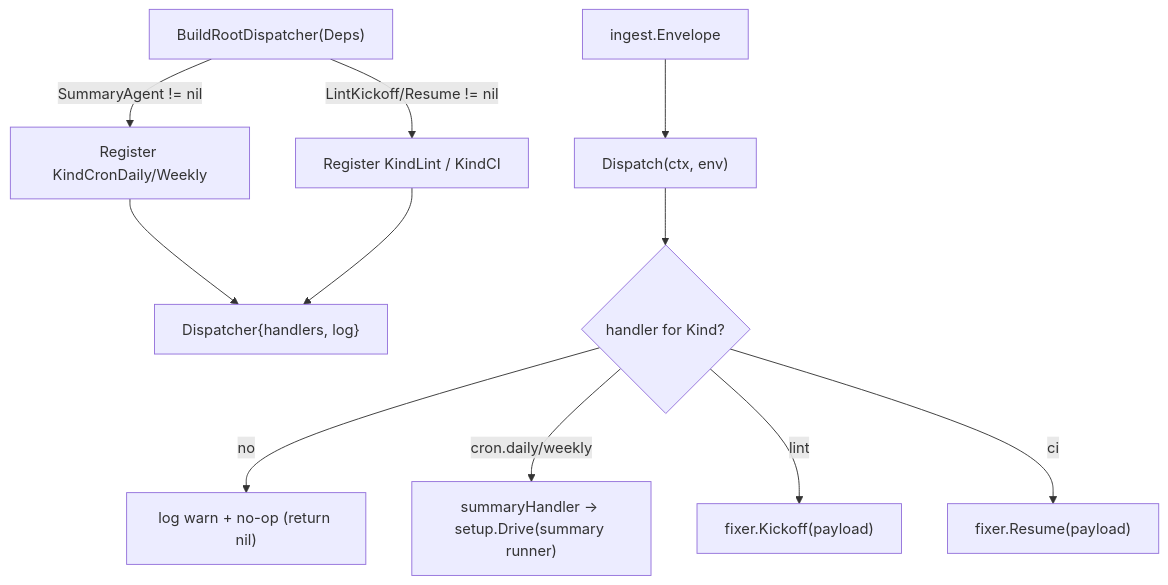
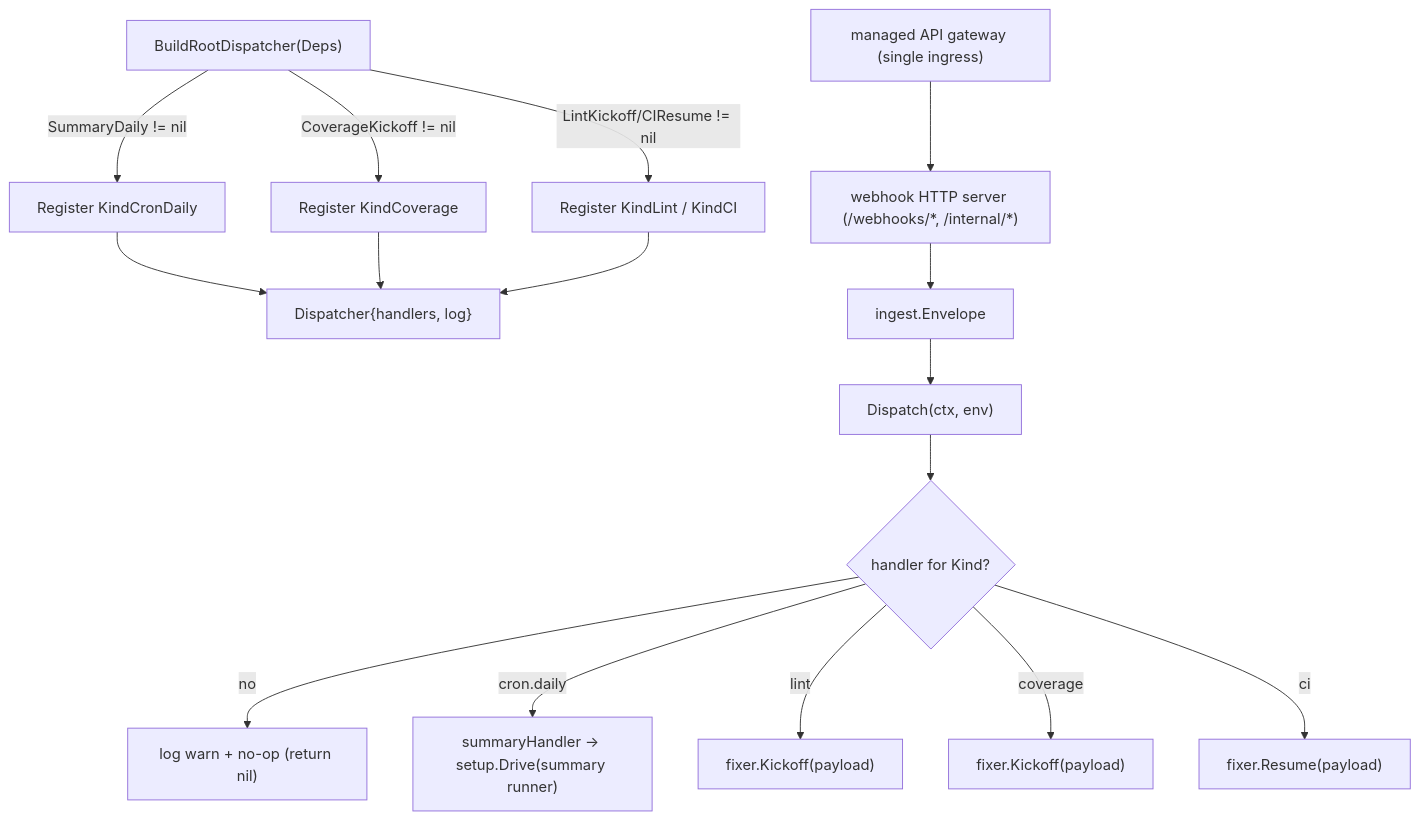
Before and after one commit to jkjamies/automation-agent: the diagram in go/internal/agent/root/AGENTS.md, drawn with Mermaid. The commit also changed other lines of this file and 98 other files, not shown here.

First line of the commit message:
Drop in-process cron + weekly digest; Cloud Scheduler is the sole trigger (#7)

````diff
--- a/go/internal/agent/root/AGENTS.md
+++ b/go/internal/agent/root/AGENTS.md
@@ -7,13 +7,18 @@
 ```mermaid
 flowchart TD
-    Build["BuildRootDispatcher(Deps)"] -->|"SummaryAgent != nil"| RegC["Register KindCronDaily/Weekly"]
-    Build -->|"LintKickoff/Resume != nil"| RegL["Register KindLint / KindCI"]
+    Build["BuildRootDispatcher(Deps)"] -->|"SummaryDaily != nil"| RegC["Register KindCronDaily"]
+    Build -->|"CoverageKickoff != nil"| RegCov["Register KindCoverage"]
+    Build -->|"LintKickoff/CIResume != nil"| RegL["Register KindLint / KindCI"]
     RegC --> D["Dispatcher{handlers, log}"]
+    RegCov --> D
     RegL --> D
-    Env["ingest.Envelope"] --> Disp["Dispatch(ctx, env)"]
+    GW["managed API gateway (single ingress)"] --> Ing["webhook HTTP server (/webhooks/*, /internal/*)"]
+    Ing --> Env["ingest.Envelope"]
+    Env --> Disp["Dispatch(ctx, env)"]
     Disp --> M{"handler for Kind?"}
     M -->|no| Warn["log warn + no-op (return nil)"]
-    M -->|"cron.daily/weekly"| Sum["summaryHandler -> setup.Drive(summary runner)"]
+    M -->|"cron.daily"| Sum["summaryHandler -> setup.Drive(summary runner)"]
     M -->|lint| LK["fixer.Kickoff(payload)"]
+    M -->|coverage| CK["fixer.Kickoff(payload)"]
     M -->|ci| LR["fixer.Resume(payload)"]
 ```
````
